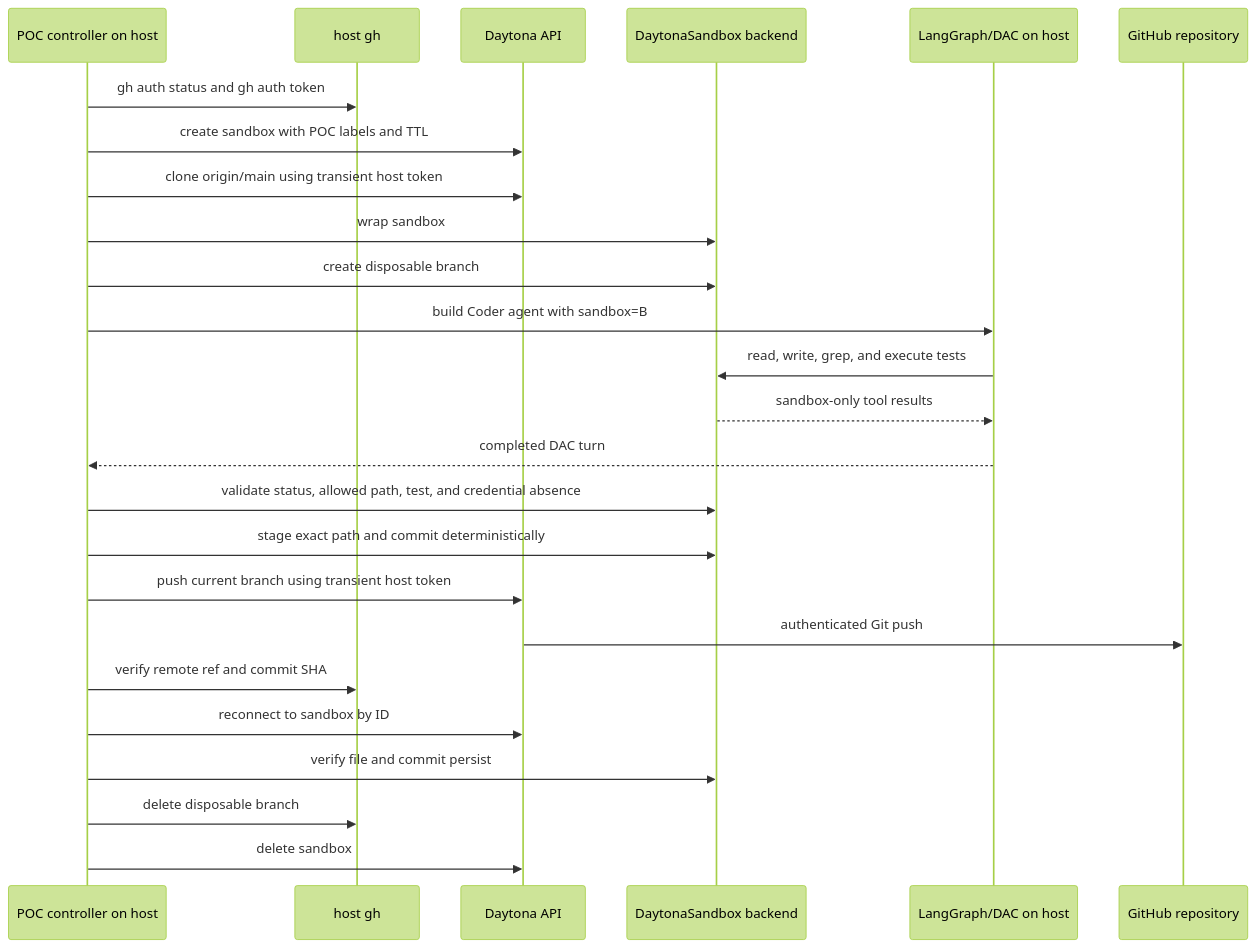
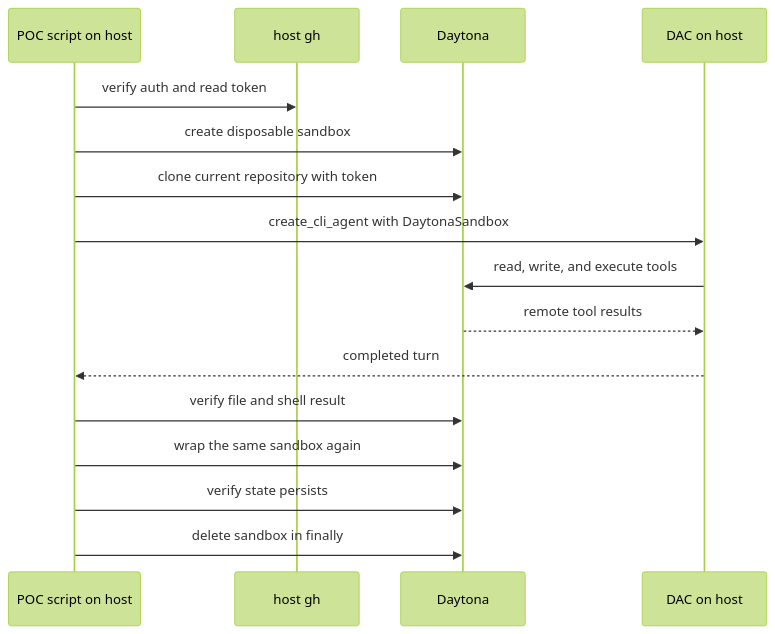
Before and after one commit to xlyk/clipse: the diagram in docs/superpowers/specs/2026-07-11-daytona-agent-backend-poc-design.md, drawn with Mermaid (forest theme). The commit also changed other lines of this file, not shown here.

Commit message:
docs: slim daytona backend poc

````diff
--- a/docs/superpowers/specs/2026-07-11-daytona-agent-backend-poc-design.md
+++ b/docs/superpowers/specs/2026-07-11-daytona-agent-backend-poc-design.md
@@ -77,28 +42,19 @@
 ```mermaid
 sequenceDiagram
-    participant K as POC controller on host
+    participant H as POC script on host
     participant G as host gh
-    participant D as Daytona API
-    participant B as DaytonaSandbox backend
-    participant A as LangGraph/DAC on host
-    participant R as GitHub repository
+    participant D as Daytona
+    participant A as DAC on host
 
-    K->>G: gh auth status and gh auth token
-    K->>D: create sandbox with POC labels and TTL
-    K->>D: clone origin/main using transient host token
-    K->>B: wrap sandbox
-    K->>B: create disposable branch
-    K->>A: build Coder agent with sandbox=B
-    A->>B: read, write, grep, and execute tests
-    B-->>A: sandbox-only tool results
-    A-->>K: completed DAC turn
-    K->>B: validate status, allowed path, test, and credential absence
-    K->>B: stage exact path and commit deterministically
-    K->>D: push current branch using transient host token
-    D->>R: authenticated Git push
-    K->>G: verify remote ref and commit SHA
-    K->>D: reconnect to sandbox by ID
-    K->>B: verify file and commit persist
-    K->>G: delete disposable branch
-    K->>D: delete sandbox
+    H->>G: verify auth and read token
+    H->>D: create disposable sandbox
+    H->>D: clone current repository with token
+    H->>A: create_cli_agent with DaytonaSandbox
+    A->>D: read, write, and execute tools
+    D-->>A: remote tool results
+    A-->>H: completed turn
+    H->>D: verify file and shell result
+    H->>D: wrap the same sandbox again
+    H->>D: verify state persists
+    H->>D: delete sandbox in finally
 ```
````
